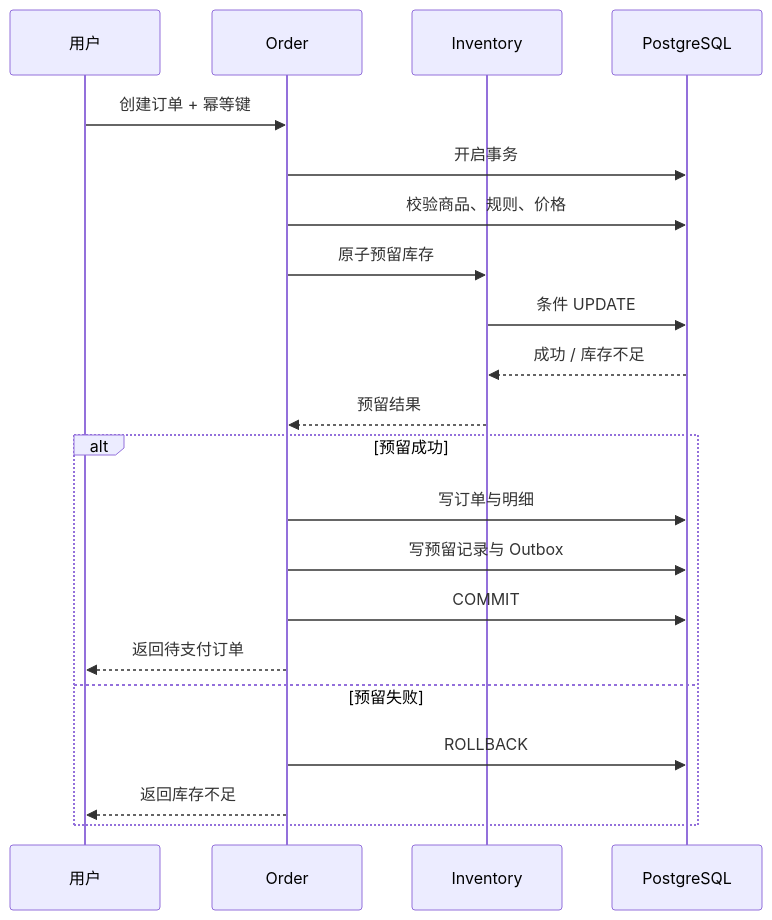
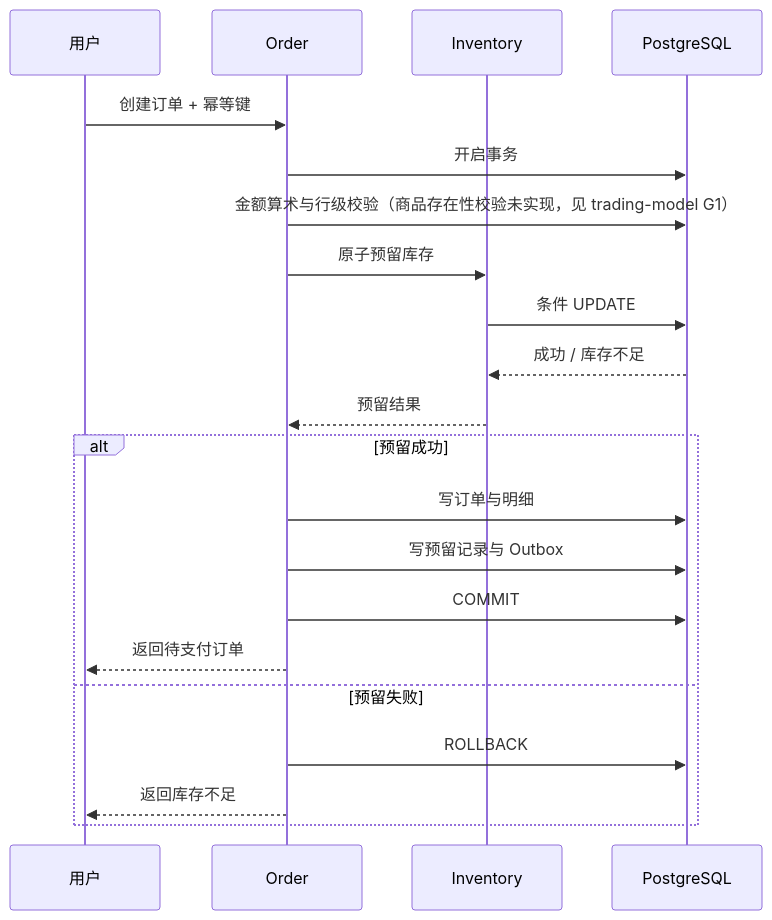
Before and after one commit to cuihairu/awn: the diagram in docs/architecture/inventory-consistency.md, drawn with Mermaid. The commit also changed other lines of this file and 24 other files, not shown here.

````diff
--- a/docs/architecture/inventory-consistency.md
+++ b/docs/architecture/inventory-consistency.md
@@ -35,25 +33,25 @@
 ```mermaid
 sequenceDiagram
     participant U as 用户
     participant O as Order
     participant I as Inventory
     participant DB as PostgreSQL
 
     U->>O: 创建订单 + 幂等键
     O->>DB: 开启事务
-    O->>DB: 校验商品、规则、价格
+    O->>DB: 金额算术与行级校验（商品存在性校验未实现，见 trading-model G1）
     O->>I: 原子预留库存
     I->>DB: 条件 UPDATE
     DB-->>I: 成功 / 库存不足
     I-->>O: 预留结果
 
     alt 预留成功
         O->>DB: 写订单与明细
         O->>DB: 写预留记录与 Outbox
         O->>DB: COMMIT
         O-->>U: 返回待支付订单
     else 预留失败
         O->>DB: ROLLBACK
         O-->>U: 返回库存不足
     end
 ```
````
